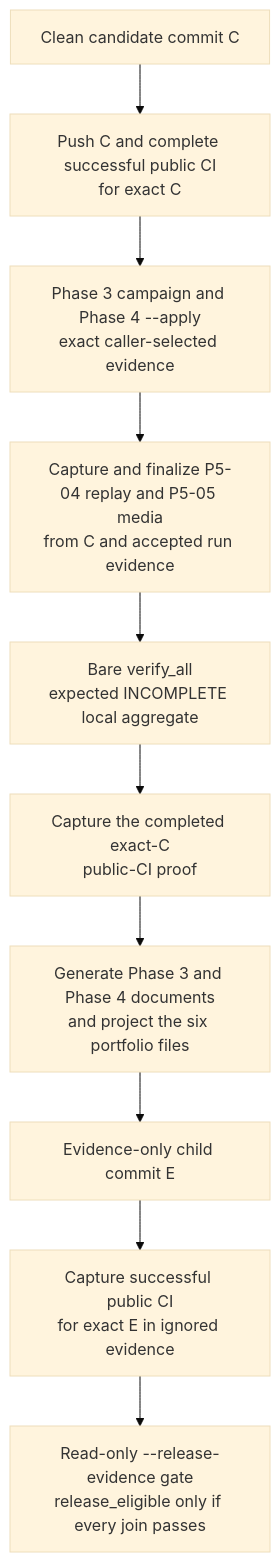
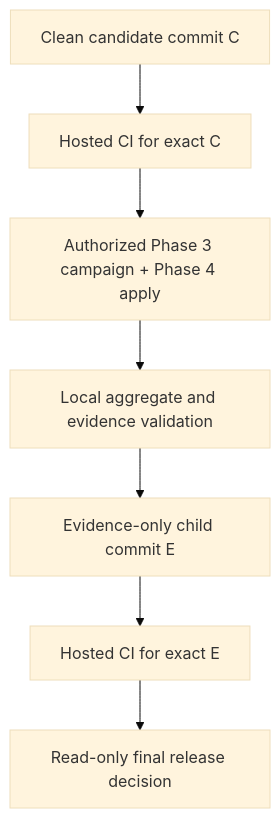
One commit to Hasan-Al-Hussein/robotest-lab changed the second of 2 diagrams in README.md. Above: the diagram before and after it, drawn with Mermaid (base theme). The commit also changed other lines of this file and 70 other files, not shown here.

````diff
--- a/README.md
+++ b/README.md
@@ -178,16 +259,12 @@
 ```mermaid
 flowchart TD
     C["Clean candidate commit C"]
-    CandidateCI["Push C and complete successful public CI\nfor exact C"]
-    Runtime["Phase 3 campaign and Phase 4 --apply\nexact caller-selected evidence"]
-    Portfolio["Capture and finalize P5-04 replay and P5-05 media\nfrom C and accepted run evidence"]
-    Local["Bare verify_all\nexpected INCOMPLETE local aggregate"]
-    CandidateProof["Capture the completed exact-C\npublic-CI proof"]
-    Projection["Generate Phase 3 and Phase 4 documents\nand project the six portfolio files"]
+    CandidateCI["Hosted CI for exact C"]
+    Runtime["Authorized Phase 3 campaign + Phase 4 apply"]
+    Local["Local aggregate and evidence validation"]
     E["Evidence-only child commit E"]
-    EvidenceCI["Capture successful public CI\nfor exact E in ignored evidence"]
-    Final["Read-only --release-evidence gate\nrelease_eligible only if every join passes"]
+    EvidenceCI["Hosted CI for exact E"]
+    Final["Read-only final release decision"]
 
-    C --> CandidateCI --> Runtime --> Portfolio --> Local
-    Local --> CandidateProof --> Projection --> E --> EvidenceCI --> Final
+    C --> CandidateCI --> Runtime --> Local --> E --> EvidenceCI --> Final
 ```
````
